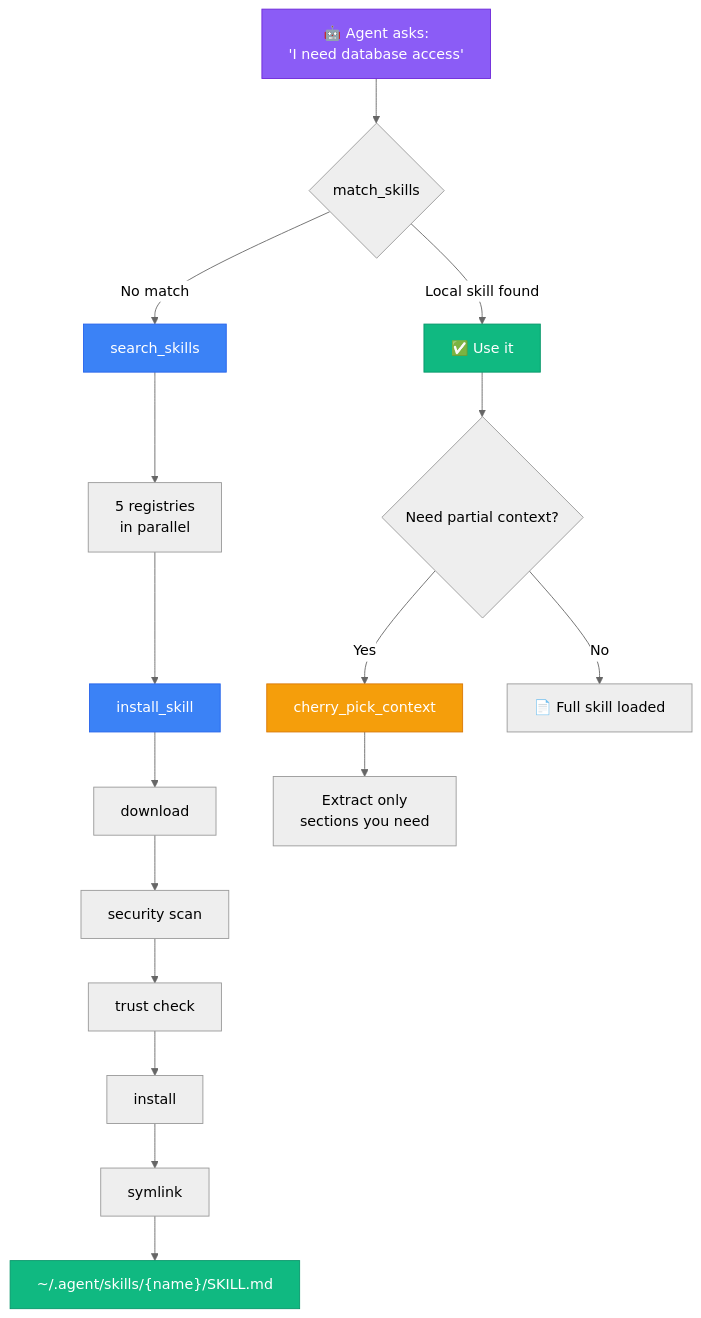
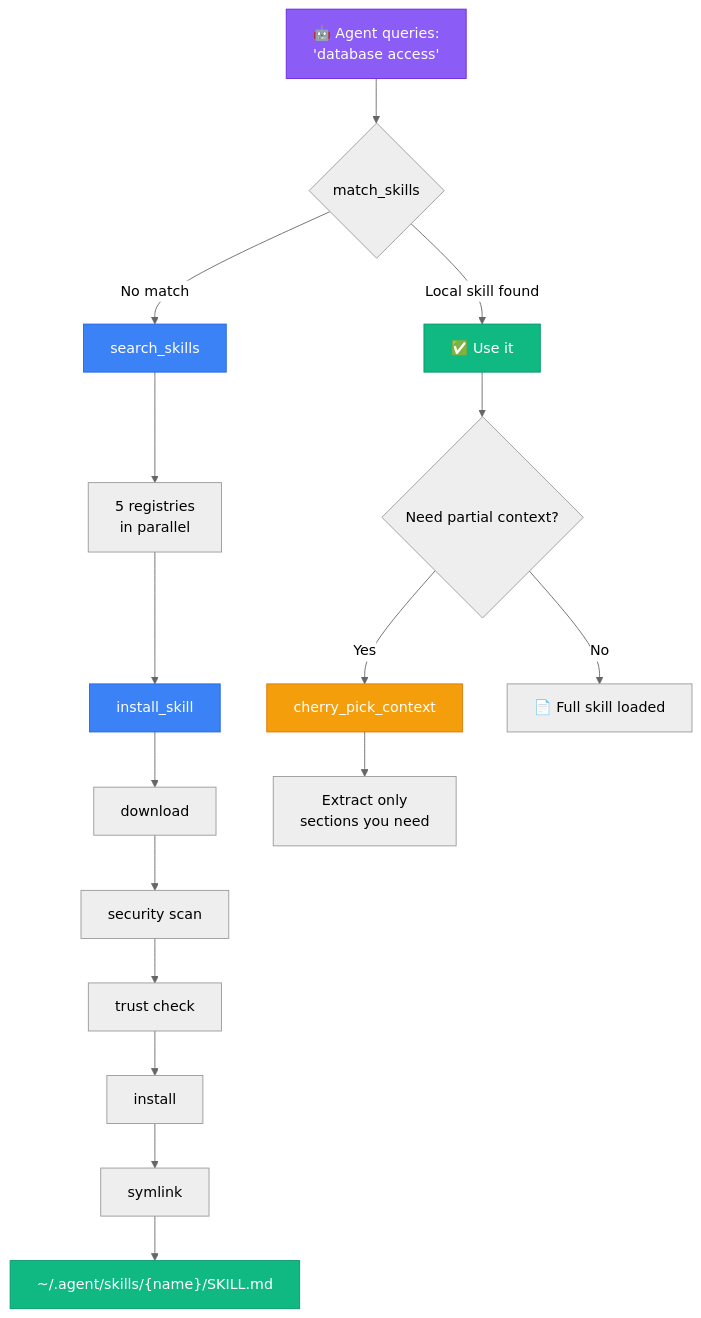
One commit to ancrz/skill-swarm-mcp changed the first of 5 diagrams in README.md. Above: the diagram before and after it, drawn with Mermaid (neutral theme). The commit also changed other lines of this file and 8 other files, not shown here.

````diff
--- a/README.md
+++ b/README.md
@@ -31,25 +31,25 @@
 ```mermaid
 flowchart TD
-    A["🤖 Agent asks:<br/>'I need database access'"] --> B{match_skills}
+    A["🤖 Agent queries:<br/>'database access'"] --> B{match_skills}
     B -->|Local skill found| C["✅ Use it"]
     B -->|No match| D[search_skills]
     D --> E["5 registries<br/>in parallel"]
     E --> F[install_skill]
     F --> G["download"]
     G --> H["security scan"]
     H --> I["trust check"]
     I --> J["install"]
     J --> K["symlink"]
     K --> L["~/.agent/skills/{name}/SKILL.md"]
     C --> M{Need partial context?}
     M -->|Yes| N[cherry_pick_context]
     M -->|No| O["📄 Full skill loaded"]
     N --> P["Extract only<br/>sections you need"]
 
     style A fill:#8B5CF6,stroke:#6D28D9,color:#fff
     style C fill:#10B981,stroke:#059669,color:#fff
     style L fill:#10B981,stroke:#059669,color:#fff
     style F fill:#3B82F6,stroke:#2563EB,color:#fff
     style D fill:#3B82F6,stroke:#2563EB,color:#fff
     style N fill:#F59E0B,stroke:#D97706,color:#fff
 ```
````
